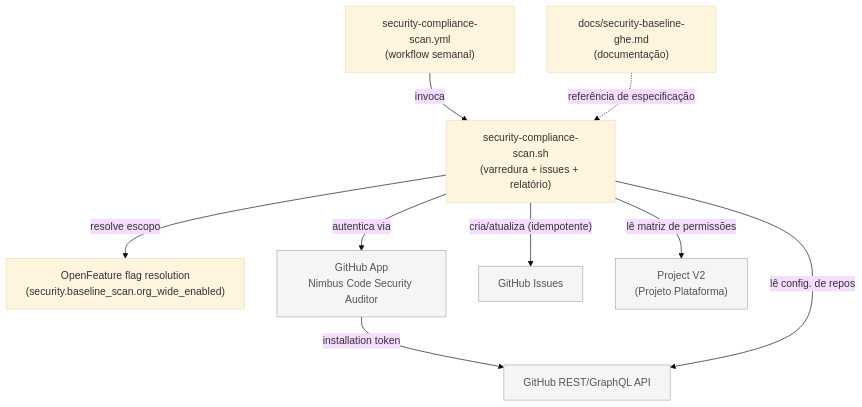
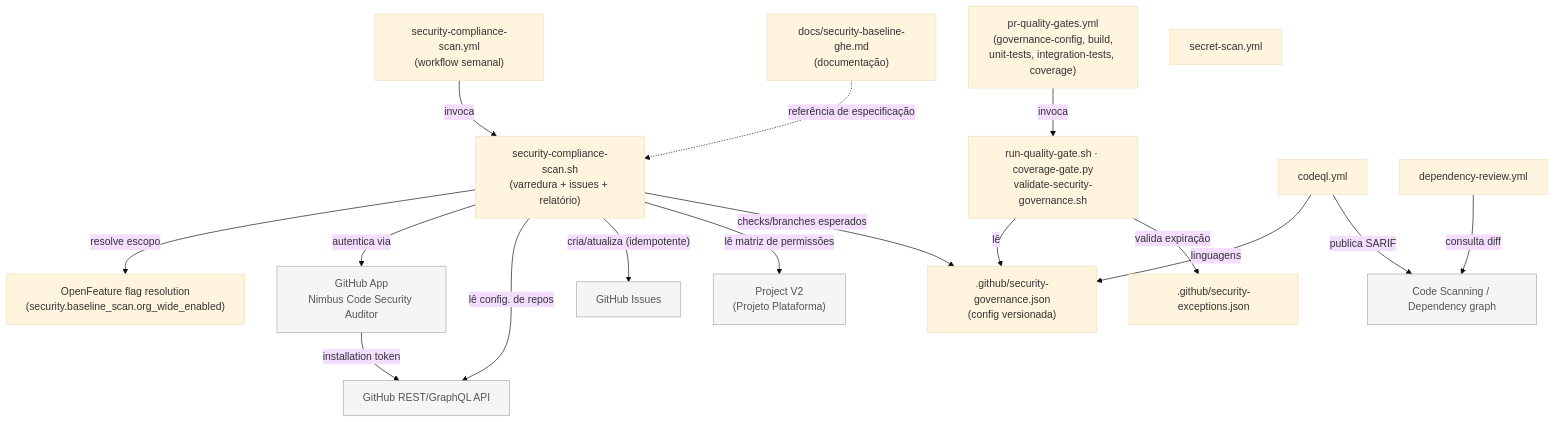
Before and after one commit to lrodriguesvpn/nimbus-code: the first of 2 diagrams in specs/007-controle-seguranca-ghe-projetos-plataforma/graph.md, drawn with Mermaid (base theme). The commit also changed other lines of this file and 46 other files, not shown here.

````diff
--- a/specs/007-controle-seguranca-ghe-projetos-plataforma/graph.md
+++ b/specs/007-controle-seguranca-ghe-projetos-plataforma/graph.md
@@ -16,26 +16,43 @@
 ```mermaid
 graph TD
   %% ── Módulos internos ─────────────────────────────────────────────────────
   DOC["docs/security-baseline-ghe.md\n(documentação)"]
   WF["security-compliance-scan.yml\n(workflow semanal)"]
   SCRIPT["security-compliance-scan.sh\n(varredura + issues + relatório)"]
   FLAG["OpenFeature flag resolution\n(security.baseline_scan.org_wide_enabled)"]
 
   %% ── Sistemas externos ────────────────────────────────────────────────────
   APP["GitHub App\nNimbus Code Security Auditor"]:::external
   API["GitHub REST/GraphQL API"]:::external
   ISSUES["GitHub Issues"]:::external
   PROJV2["Project V2\n(Projeto Plataforma)"]:::external
 
   %% ── Dependências ─────────────────────────────────────────────────────────
   WF -->|"invoca"| SCRIPT
   SCRIPT -->|"resolve escopo"| FLAG
   SCRIPT -->|"autentica via"| APP
   APP -->|"installation token"| API
   SCRIPT -->|"lê config. de repos"| API
   SCRIPT -->|"cria/atualiza (idempotente)"| ISSUES
   SCRIPT -->|"lê matriz de permissões"| PROJV2
   DOC -.->|"referência de especificação"| SCRIPT
 
+  %% ── issue #450: checks obrigatórios de PR ────────────────────────────────
+  CFG[".github/security-governance.json\n(config versionada)"]
+  EXC[".github/security-exceptions.json"]
+  QG["pr-quality-gates.yml\n(governance-config, build,\nunit-tests, integration-tests, coverage)"]
+  QGS["run-quality-gate.sh · coverage-gate.py\nvalidate-security-governance.sh"]
+  CQ["codeql.yml"]
+  DR["dependency-review.yml"]
+  SS["secret-scan.yml"]
+  CS["Code Scanning / Dependency graph"]:::external
+  QG -->|"invoca"| QGS
+  QGS -->|"lê"| CFG
+  QGS -->|"valida expiração"| EXC
+  CQ -->|"linguagens"| CFG
+  CQ -->|"publica SARIF"| CS
+  DR -->|"consulta diff"| CS
+  SCRIPT -->|"checks/branches esperados"| CFG
+
   classDef external fill:#f5f5f5,stroke:#aaa,color:#555
 ```
````
